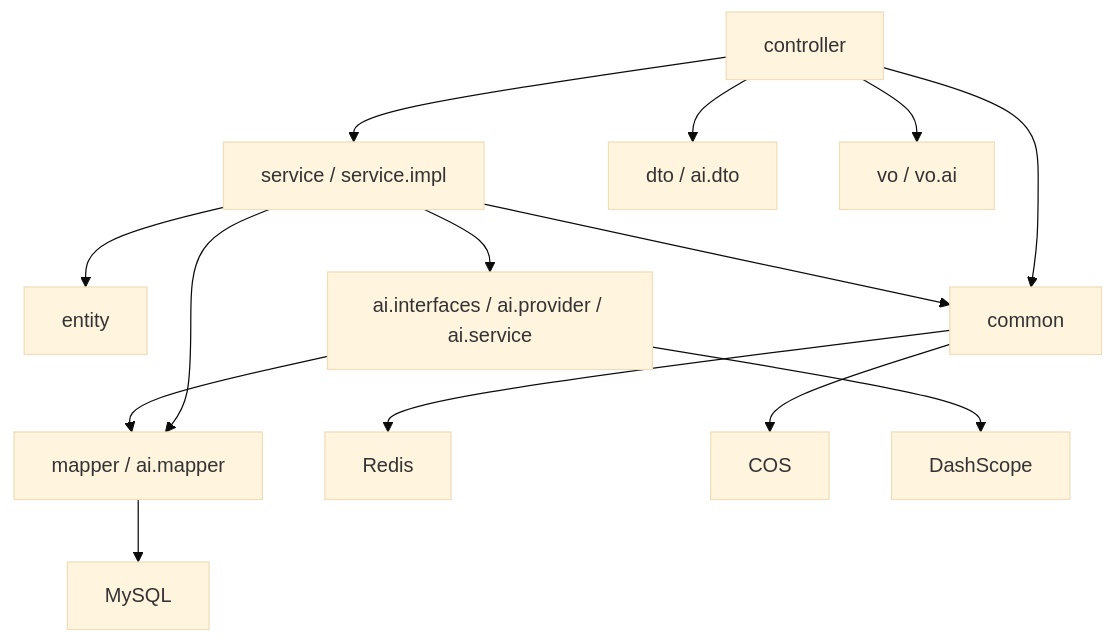
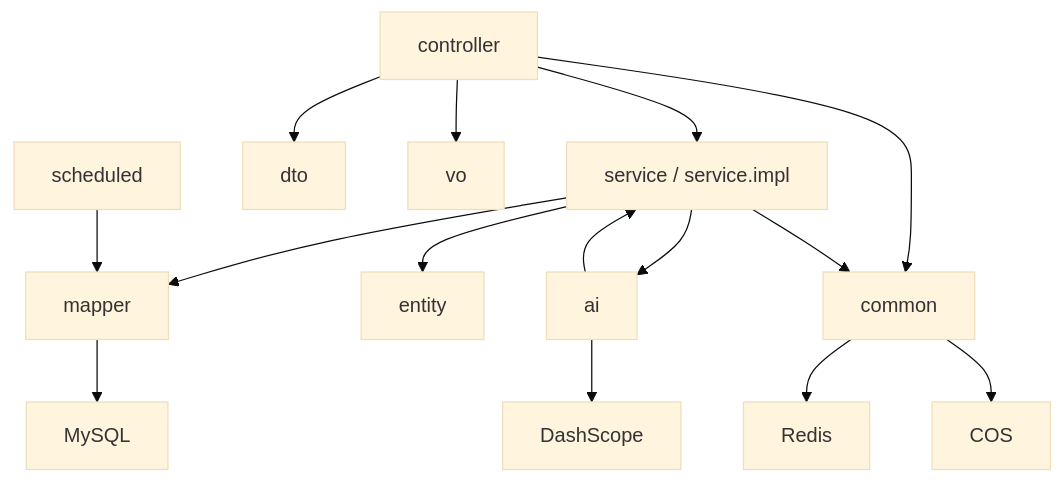
One commit to FishDuM/AI.Image.Material.Collaboration.Platform changed the eighth of 8 diagrams in model/uml_diagrams.md. Above: the diagram before and after it, drawn with Mermaid (base theme). The commit also changed other lines of this file and 2 other files, not shown here.

````diff
--- a/model/uml_diagrams.md
+++ b/model/uml_diagrams.md
@@ -640,29 +644,31 @@
 ```mermaid
 flowchart TD
     Controller["controller"]
     Service["service / service.impl"]
-    Mapper["mapper / ai.mapper"]
+    Mapper["mapper"]
     Entity["entity"]
-    DTO["dto / ai.dto"]
-    VO["vo / vo.ai"]
+    DTO["dto"]
+    VO["vo"]
     Common["common"]
-    AI["ai.interfaces / ai.provider / ai.service"]
+    Scheduled["scheduled"]
+    AI["ai"]
     DB["MySQL"]
     Redis["Redis"]
     COS["COS"]
     DashScope["DashScope"]
 
     Controller --> DTO
     Controller --> Service
     Controller --> VO
     Controller --> Common
     Service --> Mapper
     Service --> Entity
     Service --> Common
     Mapper --> DB
     Common --> Redis
     Common --> COS
     AI --> DashScope
-    AI --> Mapper
+    AI --> Service
+    Scheduled --> Mapper
     Service --> AI
 ```
````
